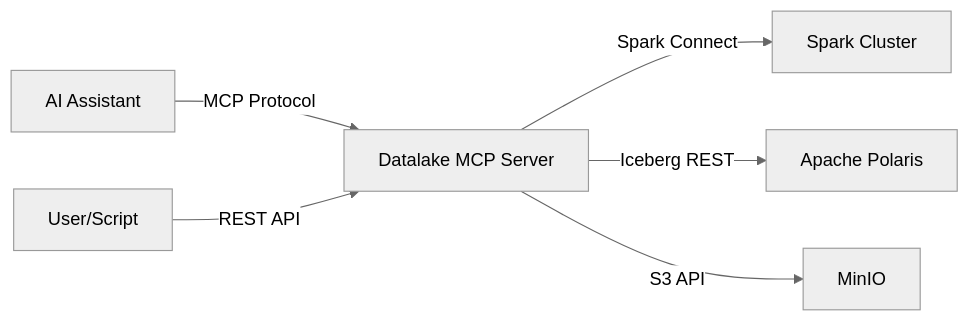
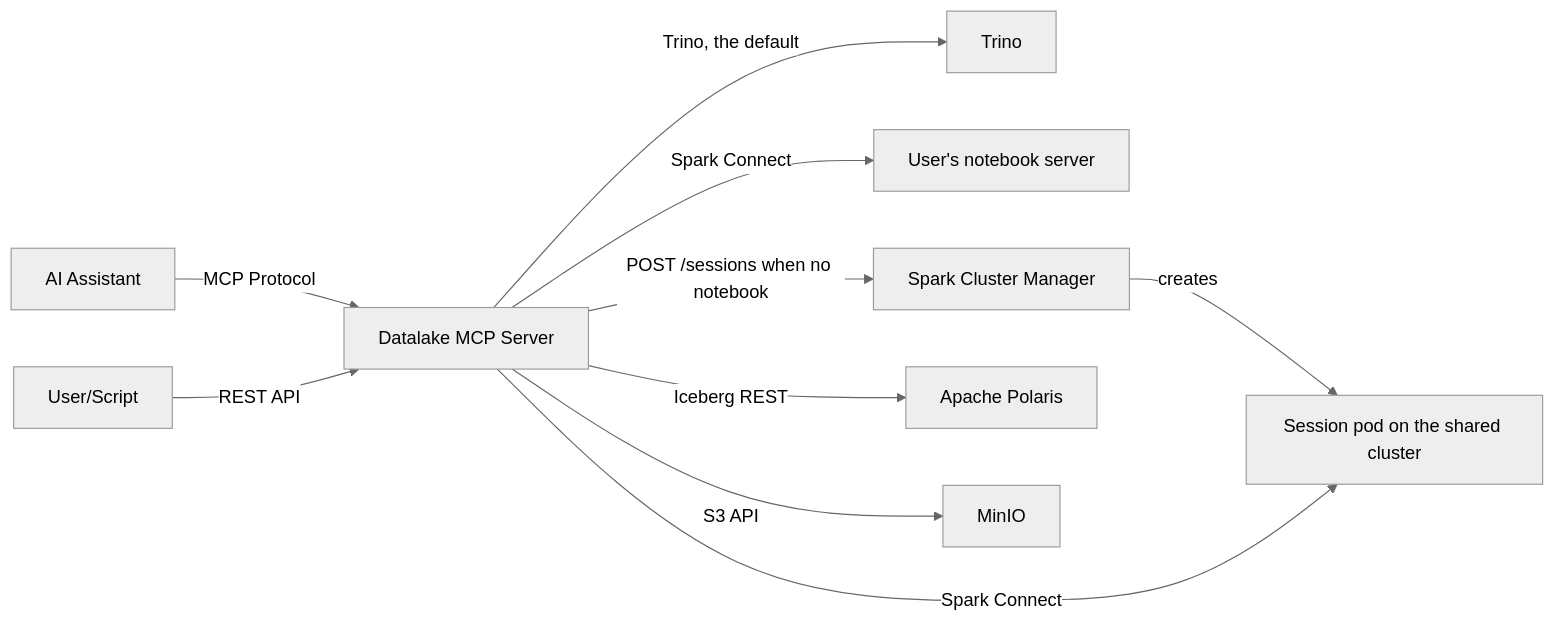
One commit to KBaseDataLakehouse/berdl_docs changed the diagram in services/datalake-mcp-service.md. Above: the diagram before and after it, drawn with Mermaid (neutral theme). The commit also changed other lines of this file and 6 other files, not shown here.

Commit message:
Document the session pods for users without a notebook and what they take from the shared cluster. (#35)

````diff
--- a/services/datalake-mcp-service.md
+++ b/services/datalake-mcp-service.md
@@ -32,8 +32,12 @@
 ```mermaid
 graph LR
     AI[AI Assistant] -->|MCP Protocol| DS[Datalake MCP Server]
     User[User/Script] -->|REST API| DS
-    DS -->|Spark Connect| SP[Spark Cluster]
+    DS -->|Trino, the default| TR[Trino]
+    DS -->|Spark Connect| NB[User's notebook server]
+    DS -->|POST /sessions when no notebook| SCM[Spark Cluster Manager]
+    SCM -->|creates| SP[Session pod on the shared cluster]
+    DS -->|Spark Connect| SP
     DS -->|Iceberg REST| POL[Apache Polaris]
     DS -->|S3 API| IO[MinIO]
 ```
````
